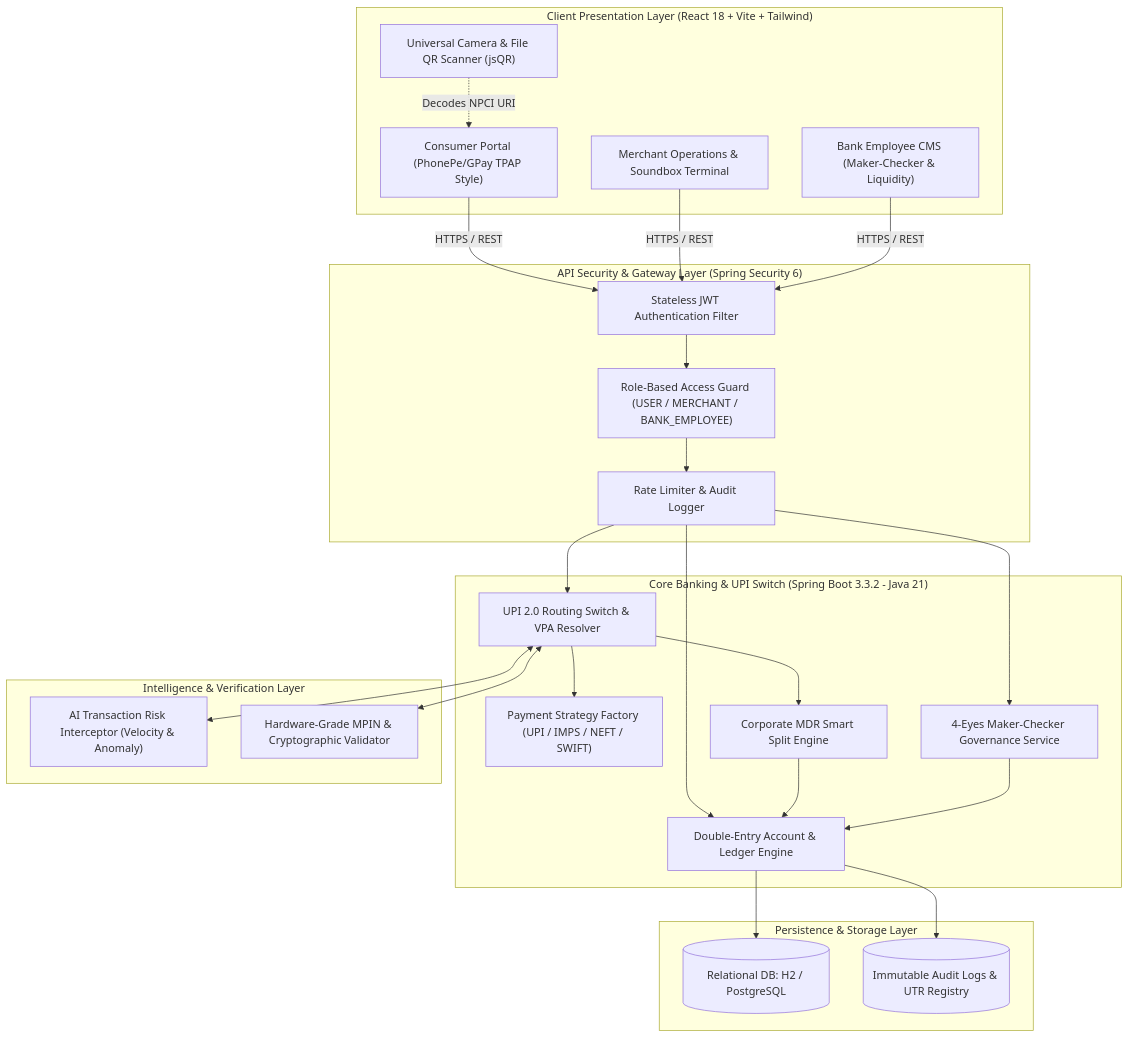
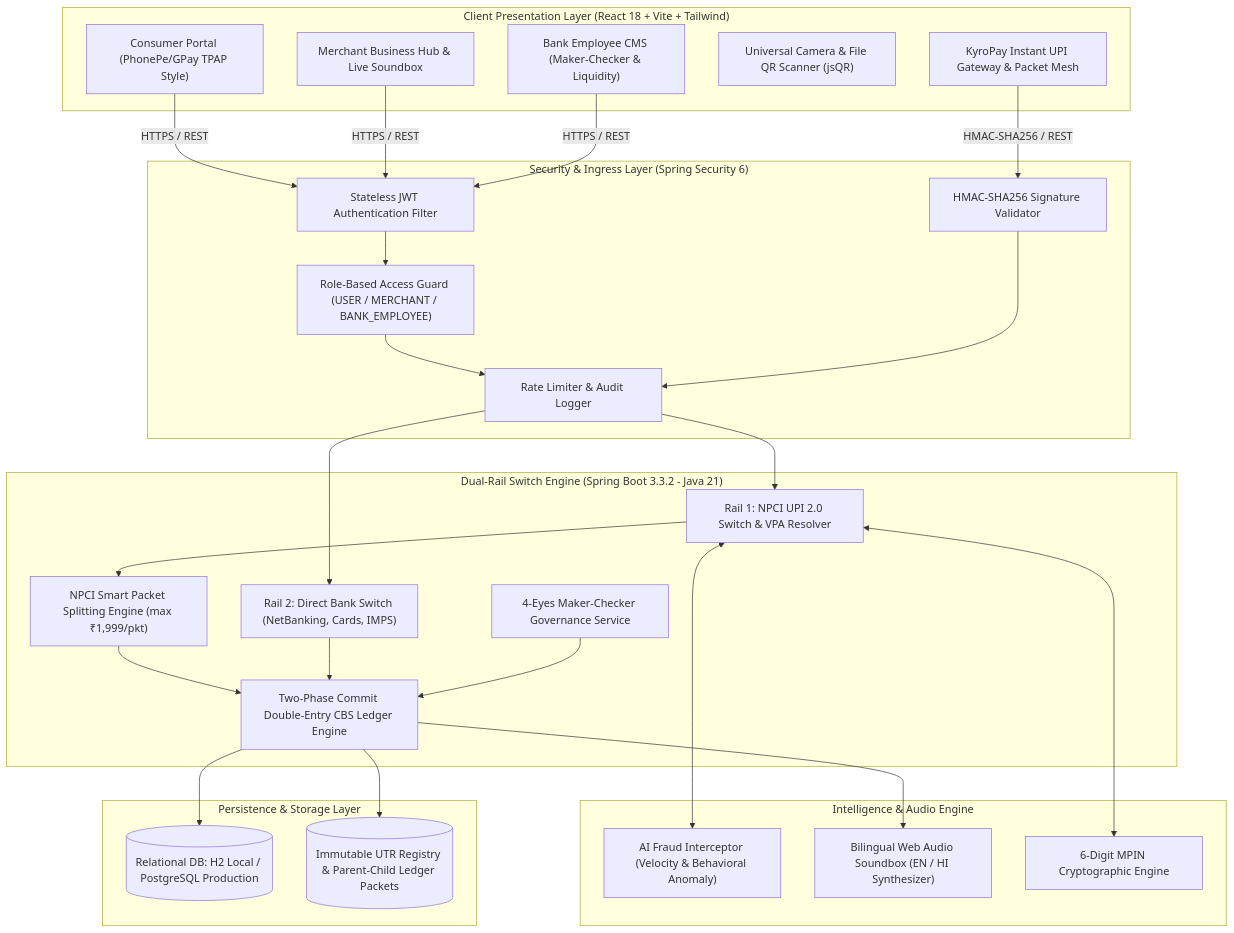
The first of 2 diagrams in README.md (Kyron-data-tech/Banking_System), drawn with Mermaid before and after one commit. The commit also changed other lines of this file and 4 other files, not shown here.

First line of the commit message:
feat(gateway): implement hybrid dual-rail switch, NPCI smart packet splitting and live bank VPA routing

````diff
--- a/README.md
+++ b/README.md
@@ -44,53 +54,59 @@
 ```mermaid
 flowchart TB
     subgraph ClientLayer ["Client Presentation Layer (React 18 + Vite + Tailwind)"]
         ConsumerApp["Consumer Portal (PhonePe/GPay TPAP Style)"]
-        MerchantApp["Merchant Operations & Soundbox Terminal"]
+        MerchantApp["Merchant Business Hub & Live Soundbox"]
         AdminCMS["Bank Employee CMS (Maker-Checker & Liquidity)"]
         QRScanner["Universal Camera & File QR Scanner (jsQR)"]
+        GatewayModal["KyroPay Instant UPI Gateway & Packet Mesh"]
     end
 
-    subgraph APIGateway ["API Security & Gateway Layer (Spring Security 6)"]
+    subgraph SecurityGateway ["Security & Ingress Layer (Spring Security 6)"]
         JWTFilter["Stateless JWT Authentication Filter"]
         RBAC["Role-Based Access Guard (USER / MERCHANT / BANK_EMPLOYEE)"]
+        HMACValidator["HMAC-SHA256 Signature Validator"]
         RateLimiter["Rate Limiter & Audit Logger"]
     end
 
-    subgraph CoreBackend ["Core Banking & UPI Switch (Spring Boot 3.3.2 - Java 21)"]
-        UPISwitch["UPI 2.0 Routing Switch & VPA Resolver"]
-        PaymentFactory["Payment Strategy Factory (UPI / IMPS / NEFT / SWIFT)"]
-        SplitEngine["Corporate MDR Smart Split Engine"]
+    subgraph DualRailEngine ["Dual-Rail Switch Engine (Spring Boot 3.3.2 - Java 21)"]
+        UPISwitch["Rail 1: NPCI UPI 2.0 Switch & VPA Resolver"]
+        BankSwitch["Rail 2: Direct Bank Switch (NetBanking, Cards, IMPS)"]
+        PacketEngine["NPCI Smart Packet Splitting Engine (max ₹1,999/pkt)"]
+        LedgerService["Two-Phase Commit Double-Entry CBS Ledger Engine"]
         MakerChecker["4-Eyes Maker-Checker Governance Service"]
-        AccountService["Double-Entry Account & Ledger Engine"]
     end
 
-    subgraph SecurityAI ["Intelligence & Verification Layer"]
-        AIEngine["AI Transaction Risk Interceptor (Velocity & Anomaly)"]
-        MPINValidator["Hardware-Grade MPIN & Cryptographic Validator"]
+    subgraph IntelligenceLayer ["Intelligence & Audio Engine"]
+        AIRiskEngine["AI Fraud Interceptor (Velocity & Behavioral Anomaly)"]
+        SoundboxEngine["Bilingual Web Audio Soundbox (EN / HI Synthesizer)"]
+        MPINValidator["6-Digit MPIN Cryptographic Engine"]
     end
 
     subgraph Persistence ["Persistence & Storage Layer"]
-        DB[(Relational DB: H2 / PostgreSQL)]
-        AuditStore[(Immutable Audit Logs & UTR Registry)]
+        DB[(Relational DB: H2 Local / PostgreSQL Production)]
+        AuditStore[(Immutable UTR Registry & Parent-Child Ledger Packets)]
     end
 
     ConsumerApp -->|HTTPS / REST| JWTFilter
     MerchantApp -->|HTTPS / REST| JWTFilter
     AdminCMS -->|HTTPS / REST| JWTFilter
-    QRScanner -.->|Decodes NPCI URI| ConsumerApp
+    GatewayModal -->|HMAC-SHA256 / REST| HMACValidator
 
     JWTFilter --> RBAC --> RateLimiter
+    HMACValidator --> RateLimiter
+
     RateLimiter --> UPISwitch
-    RateLimiter --> AccountService
-    RateLimiter --> MakerChecker
+    RateLimiter --> BankSwitch
 
-    UPISwitch --> PaymentFactory
-    UPISwitch <--> AIEngine
+    UPISwitch --> PacketEngine
+    UPISwitch <--> AIRiskEngine
     UPISwitch <--> MPINValidator
-    UPISwitch --> SplitEngine
-    
-    SplitEngine --> AccountService
-    MakerChecker --> AccountService
-    AccountService --> DB
-    AccountService --> AuditStore
+
+    PacketEngine --> LedgerService
+    BankSwitch --> LedgerService
+    MakerChecker --> LedgerService
+
+    LedgerService --> SoundboxEngine
+    LedgerService --> DB
+    LedgerService --> AuditStore
 ```
````
